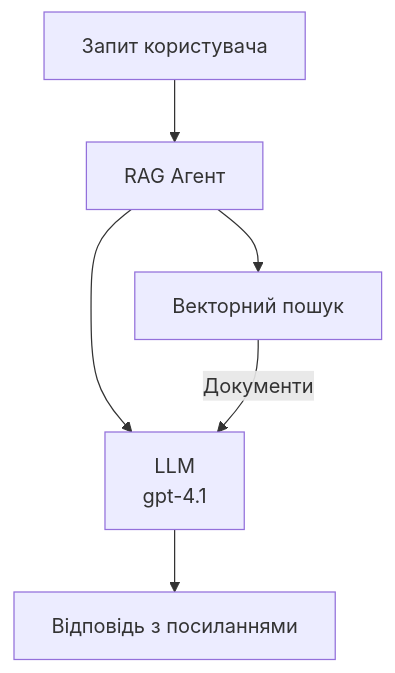
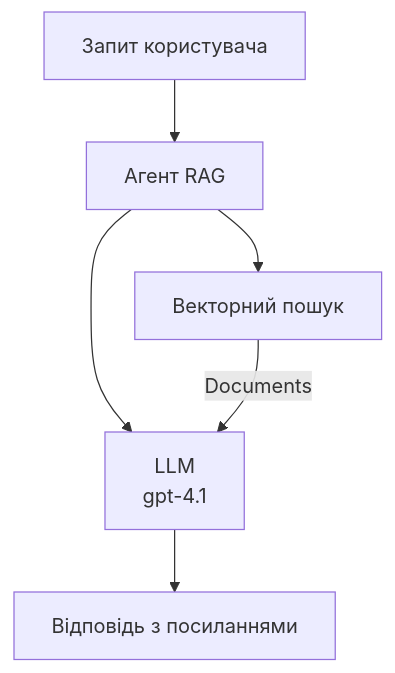
The second of 3 diagrams in translations/uk/docs/chapter-02-ai-development/agents.md (microsoft/AZD-for-beginners), drawn with Mermaid before and after one commit. The commit also changed other lines of this file and 59 other files, not shown here.

````diff
--- a/translations/uk/docs/chapter-02-ai-development/agents.md
+++ b/translations/uk/docs/chapter-02-ai-development/agents.md
@@ -181,8 +181,8 @@
 ```mermaid
 graph TD
-    Query[Запит користувача] --> RAG[RAG Агент]
+    Query[Запит користувача] --> RAG[Агент RAG]
     RAG --> Vector[Векторний пошук]
     RAG --> LLM[LLM<br/>gpt-4.1]
-    Vector -- Документи --> LLM
+    Vector -- Documents --> LLM
     LLM --> Response[Відповідь з посиланнями]
 ```
````
